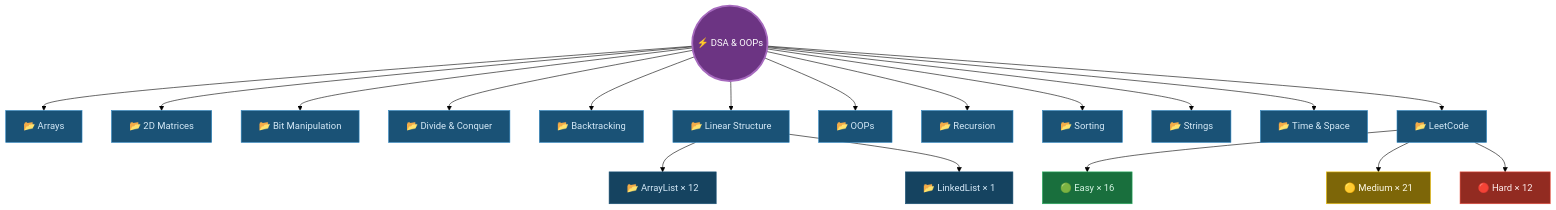
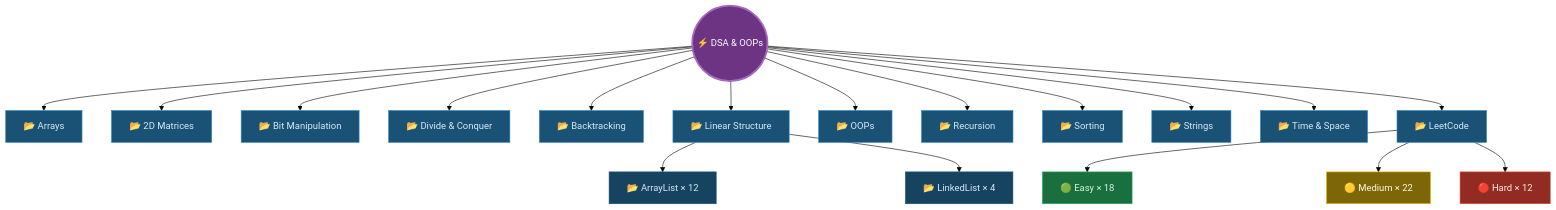
The second of 2 diagrams in README.md (raghuvanshi-sec/DSA), drawn with Mermaid (forest theme) before and after one commit. The commit also changed other lines of this file and 14 other files, not shown here.

Commit message:
feat: add linked list operations and LeetCode solutions for problems 19, 206, and 234

````diff
--- a/README.md
+++ b/README.md
@@ -81,43 +81,43 @@
 ```mermaid
     flowchart TD
     R(("⚡ DSA & OOPs"))
 
     R --> A["📂 Arrays"]
     R --> M["📂 2D Matrices"]
     R --> B["📂 Bit Manipulation"]
     R --> DC["📂 Divide & Conquer"]
     R --> BK["📂 Backtracking"]
     R --> LS["📂 Linear Structure"]
     R --> O["📂 OOPs"]
     R --> REC["📂 Recursion"]
     R --> S["📂 Sorting"]
     R --> ST["📂 Strings"]
     R --> TS["📂 Time & Space"]
     R --> LC["📂 LeetCode"]
 
     LS --> AL["📂 ArrayList × 12"]
-    LS --> LL["📂 LinkedList × 1"]
+    LS --> LL["📂 LinkedList × 4"]
 
-    LC --> E["🟢 Easy × 16"]
-    LC --> MD["🟡 Medium × 21"]
+    LC --> E["🟢 Easy × 18"]
+    LC --> MD["🟡 Medium × 22"]
     LC --> H["🔴 Hard × 12"]
 
     style R fill:#6c3483,stroke:#a569bd,stroke-width:3px,color:#fff
     style A fill:#1a5276,stroke:#2e86c1,color:#d6eaf8
     style M fill:#1a5276,stroke:#2e86c1,color:#d6eaf8
     style B fill:#1a5276,stroke:#2e86c1,color:#d6eaf8
     style DC fill:#1a5276,stroke:#2e86c1,color:#d6eaf8
     style BK fill:#1a5276,stroke:#2e86c1,color:#d6eaf8
     style LS fill:#1a5276,stroke:#2e86c1,color:#d6eaf8
     style AL fill:#154360,stroke:#1a5276,color:#d6eaf8
     style LL fill:#154360,stroke:#1a5276,color:#d6eaf8
     style O fill:#1a5276,stroke:#2e86c1,color:#d6eaf8
     style REC fill:#1a5276,stroke:#2e86c1,color:#d6eaf8
     style S fill:#1a5276,stroke:#2e86c1,color:#d6eaf8
     style ST fill:#1a5276,stroke:#2e86c1,color:#d6eaf8
     style TS fill:#1a5276,stroke:#2e86c1,color:#d6eaf8
     style LC fill:#1a5276,stroke:#2e86c1,color:#d6eaf8
     style E fill:#196f3d,stroke:#27ae60,color:#d5f5e3
     style MD fill:#7d6608,stroke:#f1c40f,color:#fef9e7
     style H fill:#922b21,stroke:#e74c3c,color:#fdedec
 ```
````
